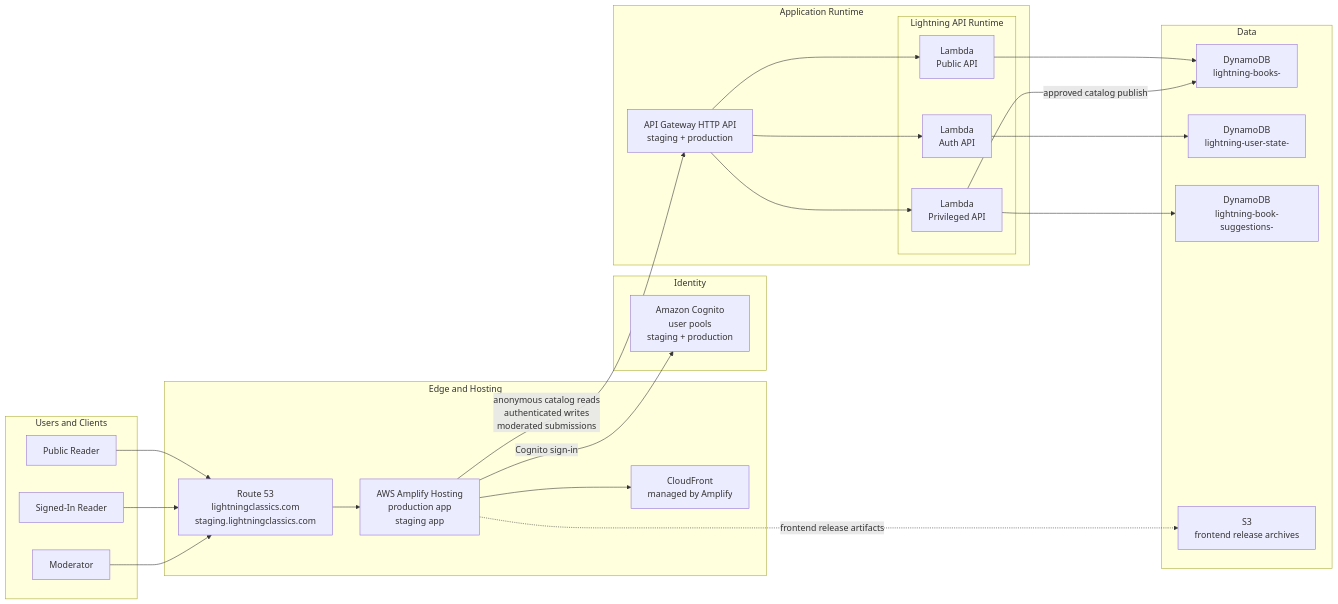
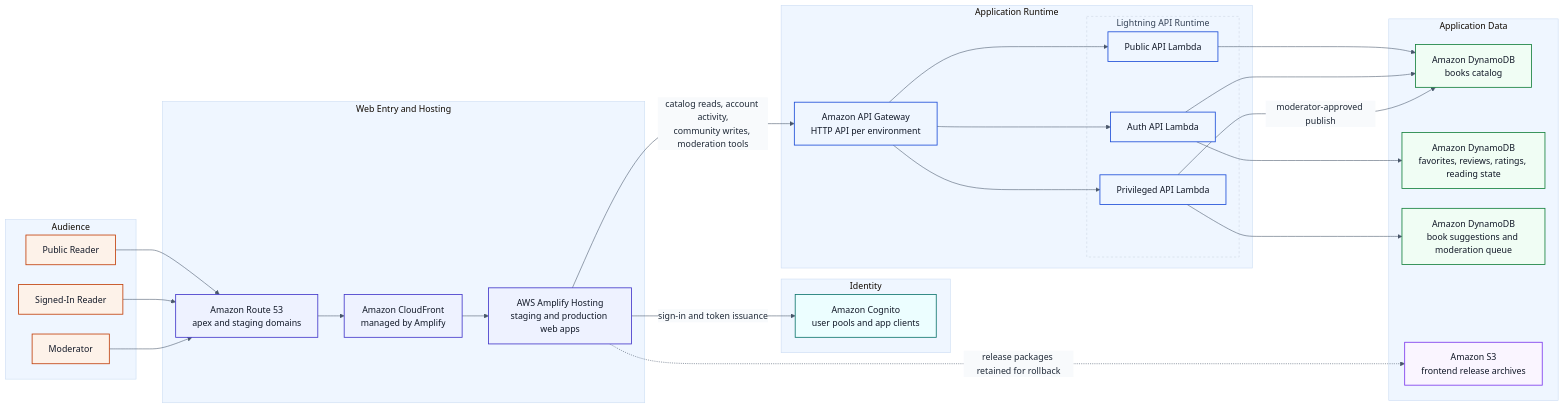
One commit to mutantnewt/Lightning changed the first of 2 diagrams in docs/diagrams/lightning-aws-architecture-draft.md. Above: the diagram before and after it, drawn with Mermaid. The commit also changed other lines of this file and 5 other files, not shown here.

Commit message:
Refine AWS diagram draft and add playbook

````diff
--- a/docs/diagrams/lightning-aws-architecture-draft.md
+++ b/docs/diagrams/lightning-aws-architecture-draft.md
@@ -19,73 +20,74 @@
 ```mermaid
+%%{init: {"theme":"base","themeVariables":{"background":"#fbf7ef","primaryColor":"#fffaf0","primaryTextColor":"#1f2937","primaryBorderColor":"#94a3b8","lineColor":"#475569","secondaryColor":"#f8fafc","tertiaryColor":"#eff6ff","fontFamily":"Inter, Arial, sans-serif"},"flowchart":{"curve":"basis","nodeSpacing":36,"rankSpacing":48}}}%%
 flowchart LR
-  subgraph U["Users and Clients"]
+  classDef user fill:#fdf2e9,stroke:#c2410c,color:#111827,stroke-width:1.5px;
+  classDef edge fill:#eef2ff,stroke:#4338ca,color:#111827,stroke-width:1.5px;
+  classDef identity fill:#ecfeff,stroke:#0f766e,color:#111827,stroke-width:1.5px;
+  classDef runtime fill:#eff6ff,stroke:#1d4ed8,color:#111827,stroke-width:1.5px;
+  classDef data fill:#f0fdf4,stroke:#15803d,color:#111827,stroke-width:1.5px;
+  classDef archive fill:#faf5ff,stroke:#7c3aed,color:#111827,stroke-width:1.5px;
+  classDef frame fill:transparent,stroke:#cbd5e1,color:#334155,stroke-dasharray: 4 4;
+
+  subgraph U["Audience"]
     PublicUser["Public Reader"]
     SignedInUser["Signed-In Reader"]
     Moderator["Moderator"]
   end
 
-  subgraph E["Edge and Hosting"]
-    Route53["Route 53
-lightningclassics.com
-staging.lightningclassics.com"]
-    Amplify["AWS Amplify Hosting
-production app
-staging app"]
-    CloudFront["CloudFront
-managed by Amplify"]
+  subgraph E["Web Entry and Hosting"]
+    Route53["Amazon Route 53<br/>apex and staging domains"]
+    CloudFront["Amazon CloudFront<br/>managed by Amplify"]
+    Amplify["AWS Amplify Hosting<br/>staging and production web apps"]
   end
 
   subgraph I["Identity"]
-    Cognito["Amazon Cognito
-user pools
-staging + production"]
+    Cognito["Amazon Cognito<br/>user pools and app clients"]
   end
 
   subgraph A["Application Runtime"]
-    HttpApi["API Gateway HTTP API
-staging + production"]
+    HttpApi["Amazon API Gateway<br/>HTTP API per environment"]
 
     subgraph Runtime["Lightning API Runtime"]
-      PublicLambda["Lambda
-Public API"]
-      AuthLambda["Lambda
-Auth API"]
-      PrivLambda["Lambda
-Privileged API"]
+      PublicLambda["Public API Lambda"]
+      AuthLambda["Auth API Lambda"]
+      PrivLambda["Privileged API Lambda"]
     end
   end
 
-  subgraph D["Data"]
-    BooksTable["DynamoDB
-lightning-books-<env>"]
-    UserStateTable["DynamoDB
-lightning-user-state-<env>"]
-    SuggestionsTable["DynamoDB
-lightning-book-suggestions-<env>"]
-    ReleaseArchive["S3
-frontend release archives"]
+  subgraph D["Application Data"]
+    BooksTable["Amazon DynamoDB<br/>books catalog"]
+    UserStateTable["Amazon DynamoDB<br/>favorites, reviews, ratings, reading state"]
+    SuggestionsTable["Amazon DynamoDB<br/>book suggestions and moderation queue"]
+    ReleaseArchive["Amazon S3<br/>frontend release archives"]
   end
 
   PublicUser --> Route53
   SignedInUser --> Route53
   Moderator --> Route53
 
-  Route53 --> Amplify
-  Amplify --> CloudFront
+  Route53 --> CloudFront
+  CloudFront --> Amplify
 
-  Amplify -->|"Cognito sign-in"| Cognito
-  Amplify -->|"anonymous catalog reads
-authenticated writes
-moderated submissions"| HttpApi
+  Amplify -->|"sign-in and token issuance"| Cognito
+  Amplify -->|"catalog reads, account activity,<br/>community writes, moderation tools"| HttpApi
 
   HttpApi --> PublicLambda
   HttpApi --> AuthLambda
   HttpApi --> PrivLambda
 
   PublicLambda --> BooksTable
+  AuthLambda --> BooksTable
   AuthLambda --> UserStateTable
   PrivLambda --> SuggestionsTable
-  PrivLambda -->|"approved catalog publish"| BooksTable
+  PrivLambda -->|"moderator-approved publish"| BooksTable
 
-  Amplify -. "frontend release artifacts" .-> ReleaseArchive
+  Amplify -. "release packages retained for rollback" .-> ReleaseArchive
+
+  class PublicUser,SignedInUser,Moderator user;
+  class Route53,CloudFront,Amplify edge;
+  class Cognito identity;
+  class HttpApi,PublicLambda,AuthLambda,PrivLambda runtime;
+  class BooksTable,UserStateTable,SuggestionsTable data;
+  class ReleaseArchive archive;
+  class Runtime frame;
 ```
````
